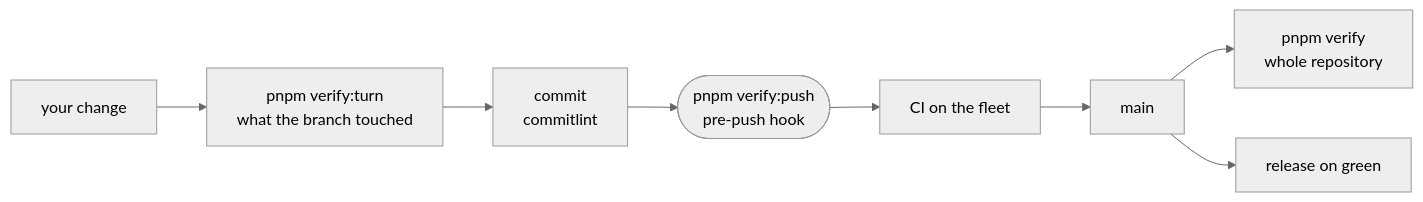
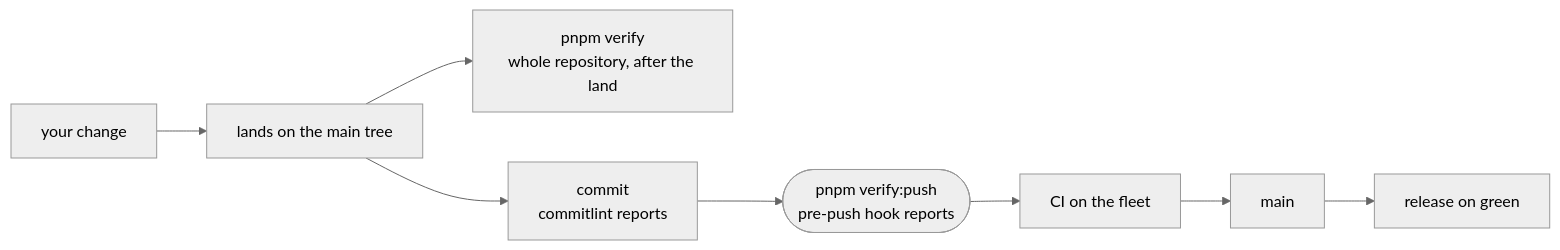
Before and after one commit to intentic/intentic: the diagram in CONTRIBUTING.md, drawn with Mermaid (neutral theme). The commit also changed other lines of this file and 178 other files, not shown here.

````diff
--- a/CONTRIBUTING.md
+++ b/CONTRIBUTING.md
@@ -5,10 +5,10 @@
 ```mermaid
 flowchart LR
-    edit["your change"] --> turn["pnpm verify:turn<br/>what the branch touched"]
-    turn --> commit["commit<br/>commitlint"]
-    commit --> push(["pnpm verify:push<br/>pre-push hook"])
+    edit["your change"] --> land["lands on the main tree"]
+    land --> verify["pnpm verify<br/>whole repository, after the land"]
+    land --> commit["commit<br/>commitlint reports"]
+    commit --> push(["pnpm verify:push<br/>pre-push hook reports"])
     push --> ci["CI on the fleet"]
     ci --> main["main"]
-    main --> verify["pnpm verify<br/>whole repository"]
     main --> release["release on green"]
 ```
````
